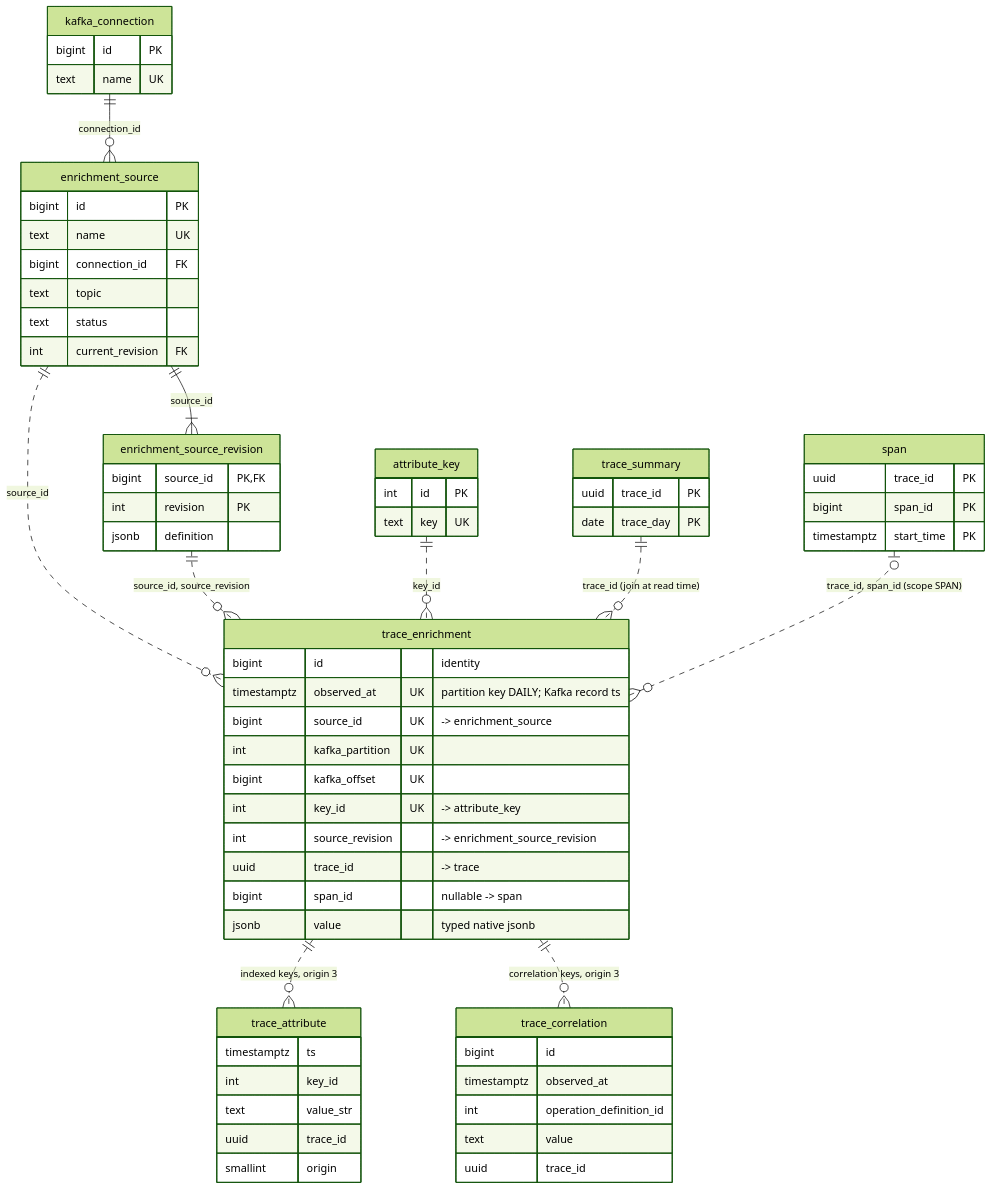
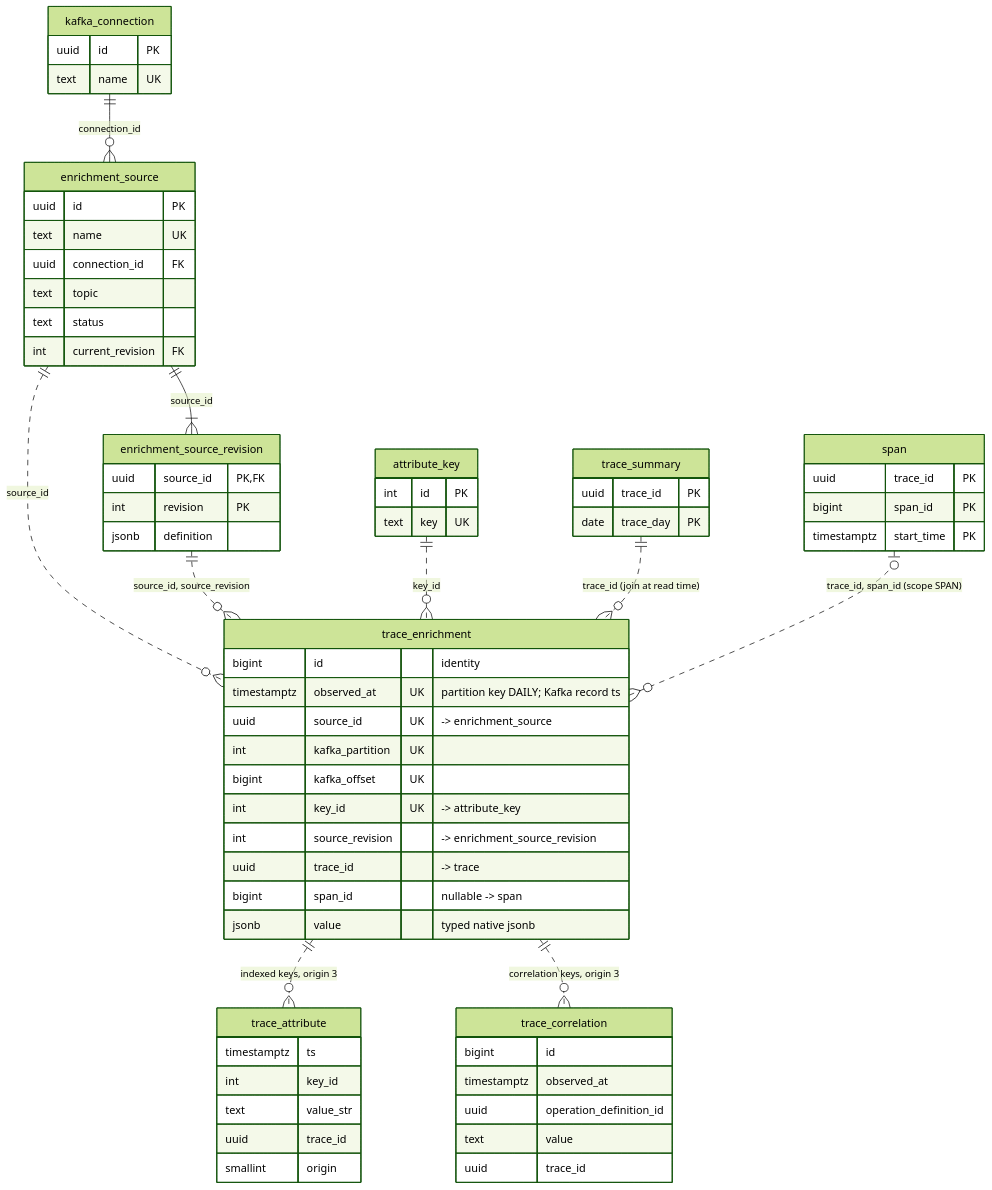
The fourth of 7 diagrams in agent/08-er-diagrams.md (aasmc/tracing-system), drawn with Mermaid (forest theme) before and after one commit. The commit also changed other lines of this file and 50 other files, not shown here.

First line of the commit message:
Phase 2 slices 2d-1 and 2d-2a: schema, grants, UUID config ids, dictionaries

````diff
--- a/agent/08-er-diagrams.md
+++ b/agent/08-er-diagrams.md
@@ -351,69 +351,69 @@
 ```mermaid
 erDiagram
     kafka_connection ||--o{ enrichment_source : "connection_id"
     enrichment_source ||--|{ enrichment_source_revision : "source_id"
     enrichment_source ||..o{ trace_enrichment : "source_id"
     enrichment_source_revision ||..o{ trace_enrichment : "source_id, source_revision"
     attribute_key ||..o{ trace_enrichment : "key_id"
     trace_summary ||..o{ trace_enrichment : "trace_id (join at read time)"
     span |o..o{ trace_enrichment : "trace_id, span_id (scope SPAN)"
     trace_enrichment ||..o{ trace_attribute : "indexed keys, origin 3"
     trace_enrichment ||..o{ trace_correlation : "correlation keys, origin 3"
 
     kafka_connection {
-        bigint id PK
+        uuid id PK
         text name UK
     }
     enrichment_source {
-        bigint id PK
+        uuid id PK
         text name UK
-        bigint connection_id FK
+        uuid connection_id FK
         text topic
         text status
         int current_revision FK
     }
     enrichment_source_revision {
-        bigint source_id PK, FK
+        uuid source_id PK, FK
         int revision PK
         jsonb definition
     }
     trace_enrichment {
         bigint id "identity"
         timestamptz observed_at UK "partition key DAILY; Kafka record ts"
-        bigint source_id UK "-> enrichment_source"
+        uuid source_id UK "-> enrichment_source"
         int kafka_partition UK
         bigint kafka_offset UK
         int key_id UK "-> attribute_key"
         int source_revision "-> enrichment_source_revision"
         uuid trace_id "-> trace"
         bigint span_id "nullable -> span"
         jsonb value "typed native jsonb"
     }
     attribute_key {
         int id PK
         text key UK
     }
     trace_summary {
         uuid trace_id PK
         date trace_day PK
     }
     span {
         uuid trace_id PK
         bigint span_id PK
         timestamptz start_time PK
     }
     trace_attribute {
         timestamptz ts
         int key_id
         text value_str
         uuid trace_id
         smallint origin
     }
     trace_correlation {
         bigint id
         timestamptz observed_at
-        int operation_definition_id
+        uuid operation_definition_id
         text value
         uuid trace_id
     }
 ```
````
